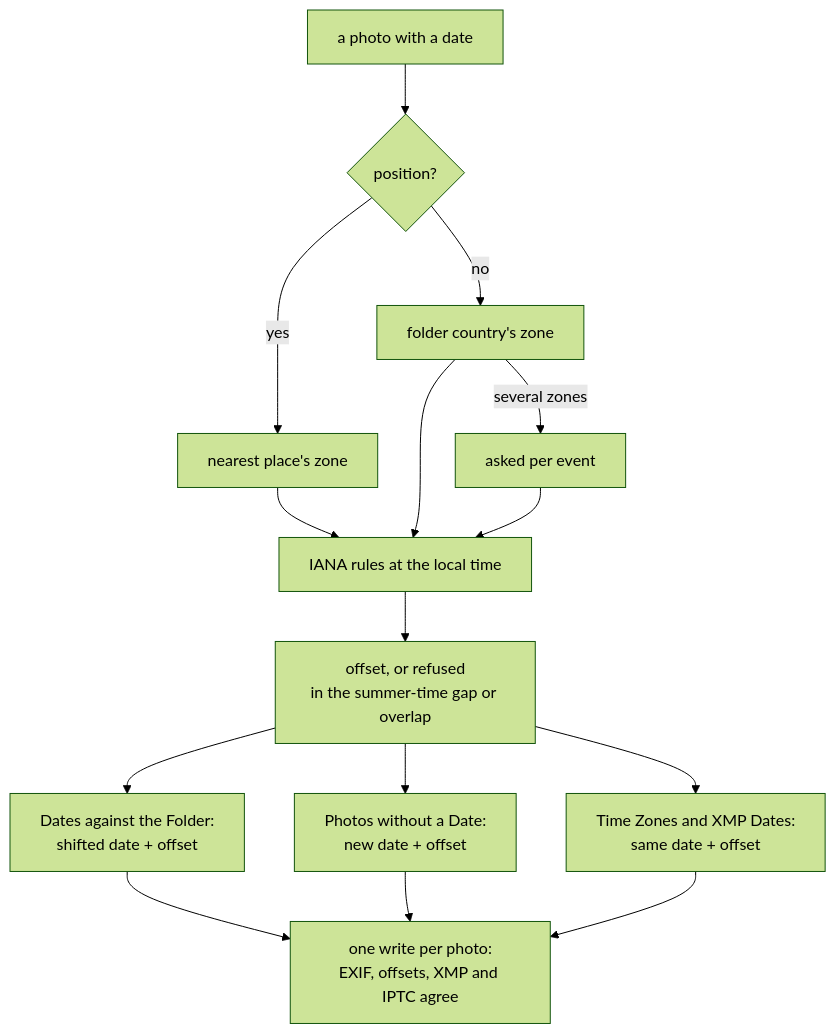
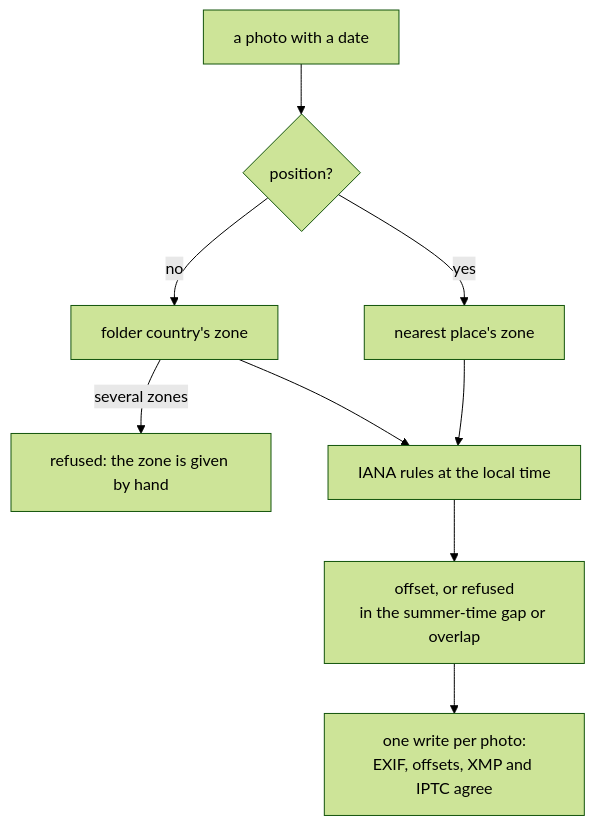
One commit to xuedi/photoManager changed the second of 2 diagrams in docs/tools.md. Above: the diagram before and after it, drawn with Mermaid (forest theme). The commit also changed other lines of this file and 6 other files, not shown here.

````diff
--- a/docs/tools.md
+++ b/docs/tools.md
@@ -217,17 +80,11 @@
 ```mermaid
 flowchart TD
     photo[a photo with a date] --> pos{position?}
     pos -- yes --> nearest[nearest place's zone]
     pos -- no --> country[folder country's zone]
-    country -- several zones --> ask[asked per event]
+    country -- several zones --> given[refused: the zone is given by hand]
     nearest --> rules[IANA rules at the local time]
     country --> rules
-    ask --> rules
     rules --> offset[offset, or refused<br/>in the summer-time gap or overlap]
-    offset --> folder[Dates against the Folder:<br/>shifted date + offset]
-    offset --> undated[Photos without a Date:<br/>new date + offset]
-    offset --> zones[Time Zones and XMP Dates:<br/>same date + offset]
-    folder --> write[one write per photo:<br/>EXIF, offsets, XMP and IPTC agree]
-    undated --> write
-    zones --> write
+    offset --> write[one write per photo:<br/>EXIF, offsets, XMP and IPTC agree]
 ```
````
